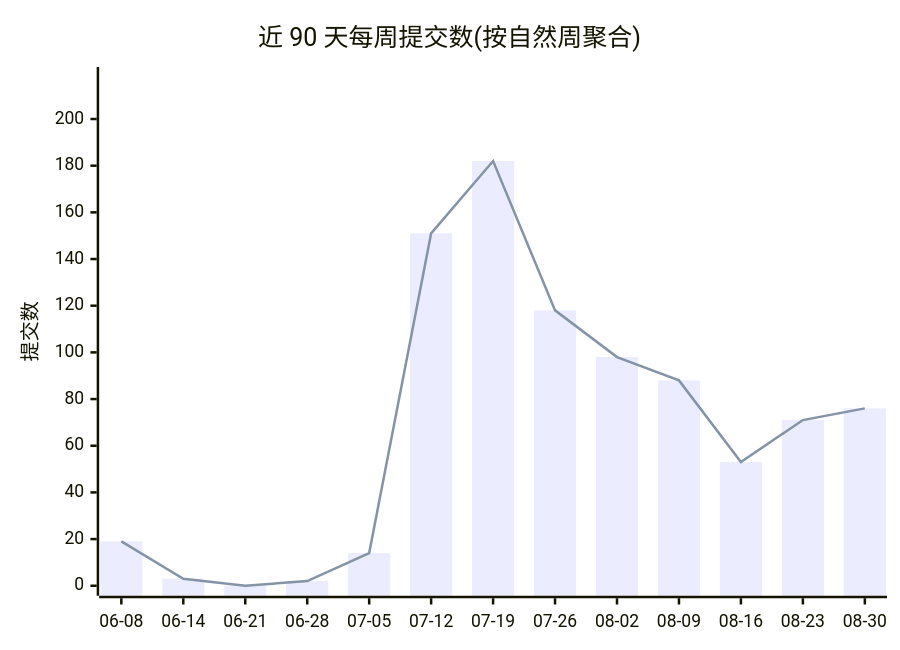
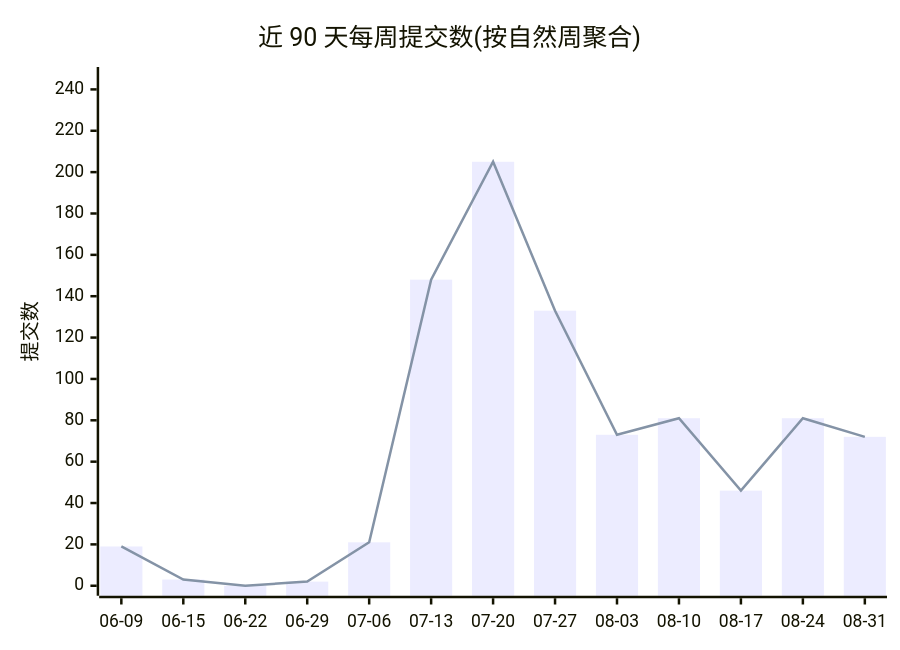
One commit to Conflux-Union/.github changed the first of 2 diagrams in profile/README.md. Above: the diagram before and after it, drawn with Mermaid. The commit also changed other lines of this file and 1 other file, not shown here.

````diff
--- a/profile/README.md
+++ b/profile/README.md
@@ -44,8 +44,8 @@
 ```mermaid
 xychart-beta
     title "近 90 天每周提交数(按自然周聚合)"
-    x-axis ["06-08", "06-14", "06-21", "06-28", "07-05", "07-12", "07-19", "07-26", "08-02", "08-09", "08-16", "08-23", "08-30"]
-    y-axis "提交数" 0 --> 218
-    bar [19, 3, 0, 2, 14, 151, 182, 118, 98, 88, 53, 71, 76]
-    line [19, 3, 0, 2, 14, 151, 182, 118, 98, 88, 53, 71, 76]
+    x-axis ["06-09", "06-15", "06-22", "06-29", "07-06", "07-13", "07-20", "07-27", "08-03", "08-10", "08-17", "08-24", "08-31"]
+    y-axis "提交数" 0 --> 246
+    bar [19, 3, 0, 2, 21, 148, 205, 133, 73, 81, 46, 81, 72]
+    line [19, 3, 0, 2, 21, 148, 205, 133, 73, 81, 46, 81, 72]
 ```
````
